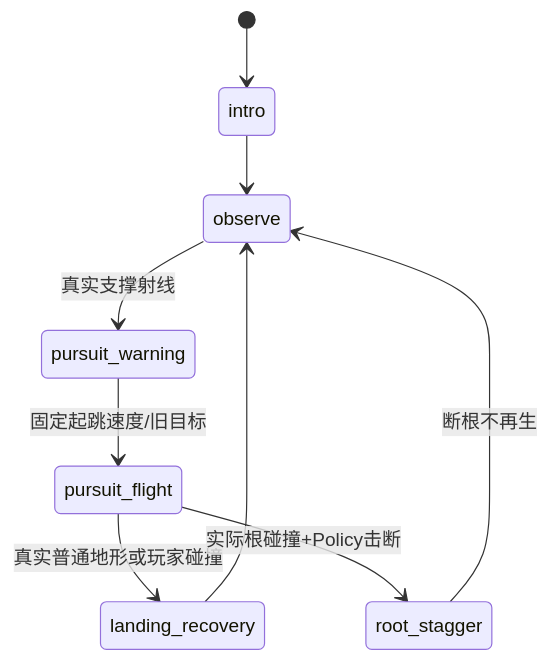
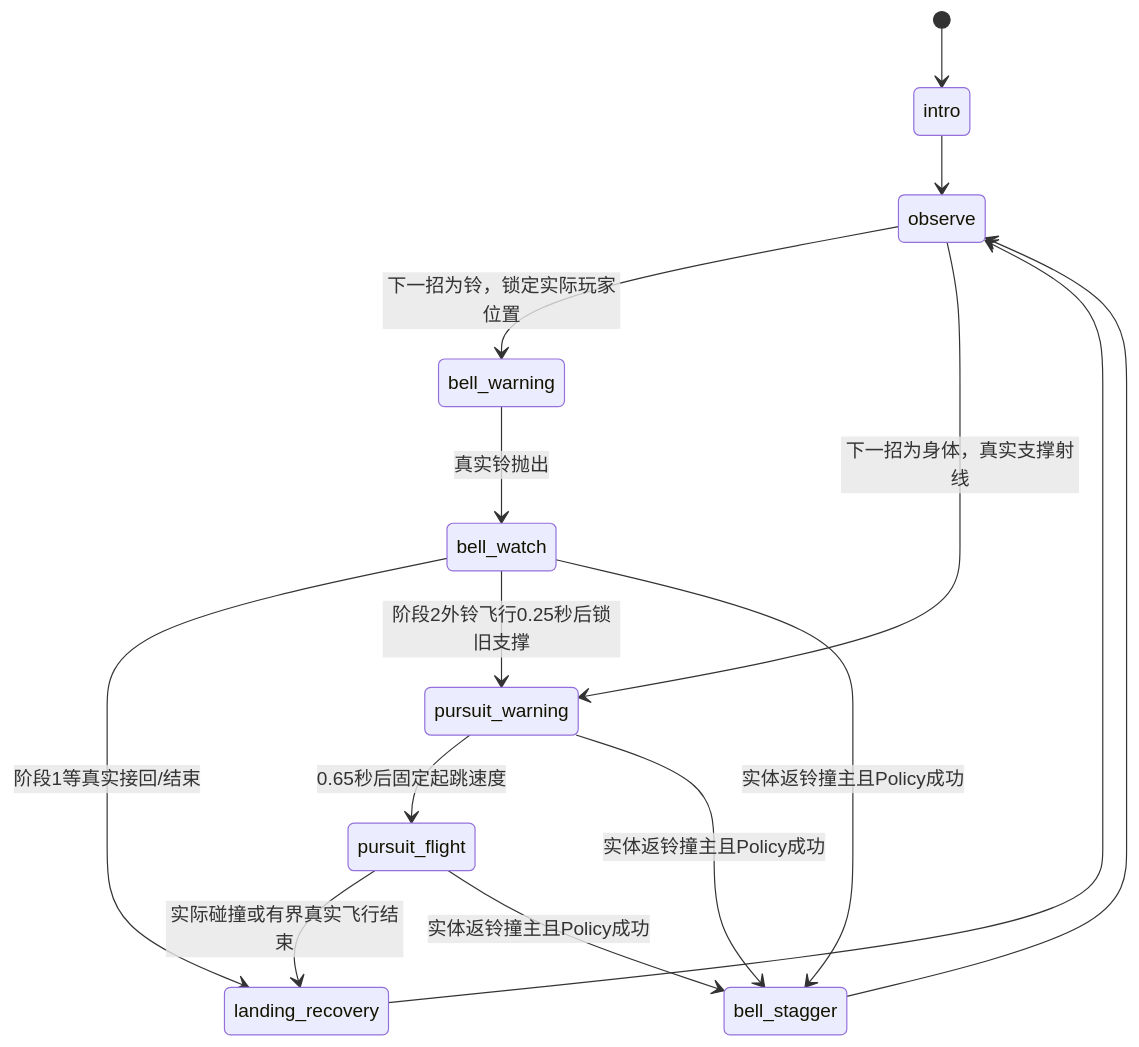
The diagram in docs/design/rootbell_guardian_v2.md (zhipijun1996/gunman-rush), drawn with Mermaid before and after one commit. The commit also changed other lines of this file and 87 other files, not shown here.

````diff
--- a/docs/design/rootbell_guardian_v2.md
+++ b/docs/design/rootbell_guardian_v2.md
@@ -40,11 +19,17 @@
 ```mermaid
 stateDiagram-v2
-  [*] --> intro
-  intro --> observe
-  observe --> pursuit_warning: 真实支撑射线
-  pursuit_warning --> pursuit_flight: 固定起跳速度/旧目标
-  pursuit_flight --> landing_recovery: 真实普通地形或玩家碰撞
-  pursuit_flight --> root_stagger: 实际根碰撞+Policy击断
-  landing_recovery --> observe
-  root_stagger --> observe: 断根不再生
+    [*] --> intro
+    intro --> observe
+    observe --> bell_warning: 下一招为铃，锁定实际玩家位置
+    bell_warning --> bell_watch: 真实铃抛出
+    bell_watch --> landing_recovery: 阶段1等真实接回/结束
+    bell_watch --> pursuit_warning: 阶段2外铃飞行0.25秒后锁旧支撑
+    observe --> pursuit_warning: 下一招为身体，真实支撑射线
+    pursuit_warning --> pursuit_flight: 0.65秒后固定起跳速度
+    pursuit_flight --> landing_recovery: 实际碰撞或有界真实飞行结束
+    landing_recovery --> observe
+    bell_watch --> bell_stagger: 实体返铃撞主且Policy成功
+    pursuit_warning --> bell_stagger: 实体返铃撞主且Policy成功
+    pursuit_flight --> bell_stagger: 实体返铃撞主且Policy成功
+    bell_stagger --> observe
 ```
````
